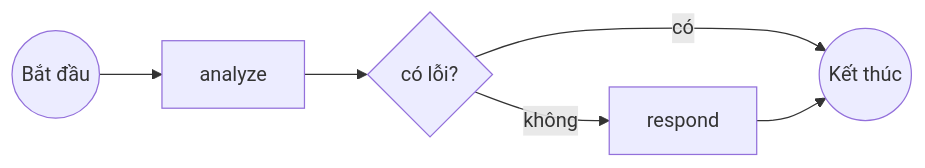
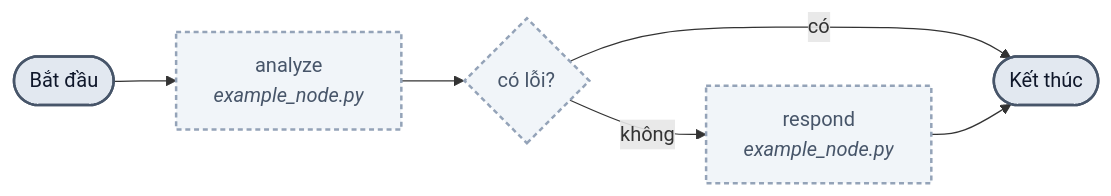
Before and after one commit to fiezen13/aml-monitoring-investigation-system: the fifth of 7 diagrams in docs/architecture_diagram.md, drawn with Mermaid. The commit also changed other lines of this file, not shown here.

````diff
--- a/docs/architecture_diagram.md
+++ b/docs/architecture_diagram.md
@@ -182,8 +298,14 @@
 ```mermaid
-graph LR
-    START((Bắt đầu)) --> A[analyze]
+flowchart LR
+    START(["Bắt đầu"]) --> A["analyze<br/><i>example_node.py</i>"]
     A --> D{"có lỗi?"}
-    D -->|có| END((Kết thúc))
-    D -->|không| R[respond]
-    R --> END
+    D -->|"có"| FIN(["Kết thúc"])
+    D -->|"không"| R["respond<br/><i>example_node.py</i>"]
+    R --> FIN
+
+    classDef stub fill:#F1F5F9,stroke:#94A3B8,stroke-width:2px,stroke-dasharray:4 3,color:#475569
+    classDef edge fill:#E2E8F0,stroke:#475569,stroke-width:2px,color:#0F172A
+
+    class A,R,D stub
+    class START,FIN edge
 ```
````
